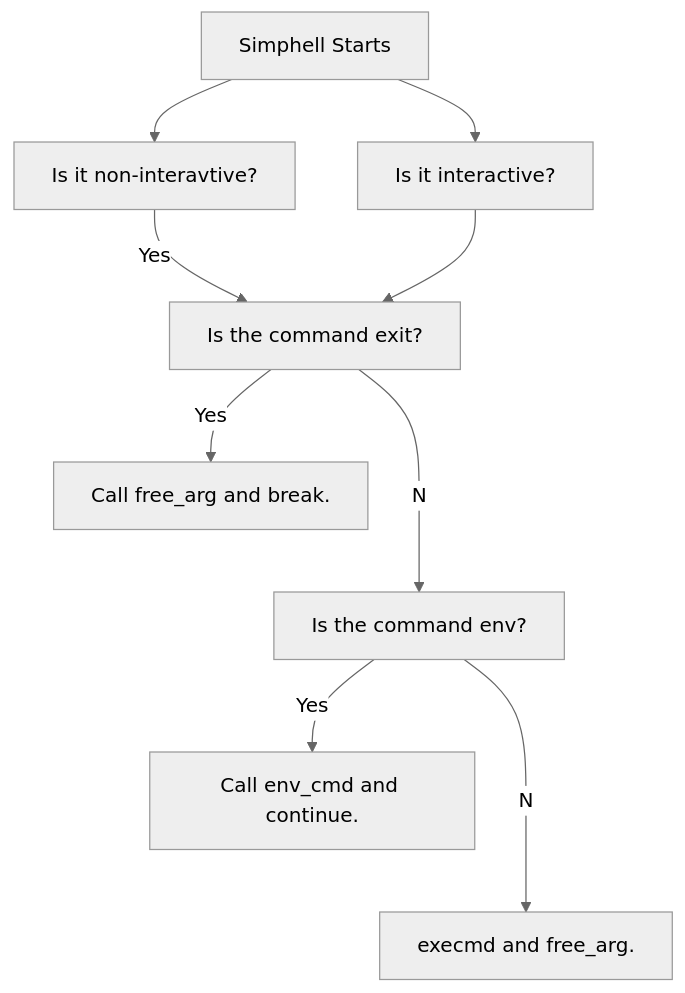
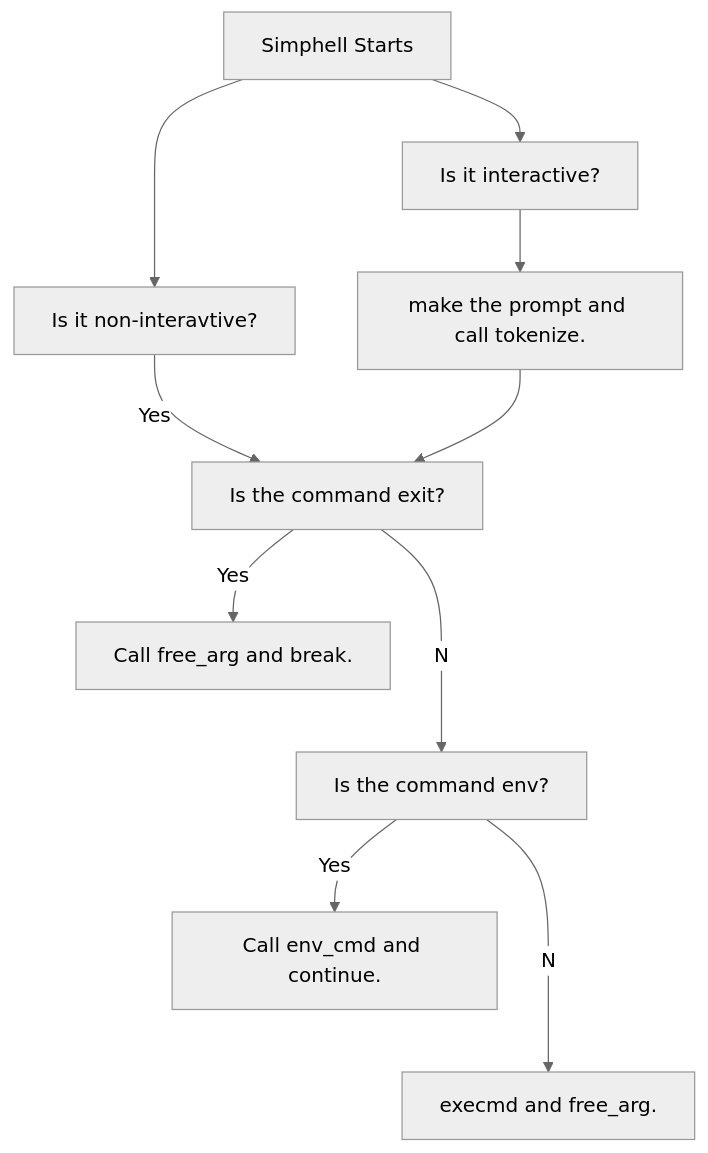
The diagram in README.md (LeeWest89/MySuperRepo), drawn with Mermaid (neutral theme) before and after one commit.

````diff
--- a/README.md
+++ b/README.md
@@ -2,11 +2,12 @@
 ```mermaid
 flowchart TD;
   A[Simphell Starts]-->B[Is it interactive?];
   A-->C[Is it non-interavtive?];
   C--Yes-->D[Is the command exit?];
   D--Yes-->E[Call free_arg and break.];
   D--No-->F[Is the command env?];
   F--Yes-->G[Call env_cmd and continue.];
   F--No-->H[execmd and free_arg.];
-  B-->D;
+  B-->I[make the prompt and call tokenize.];
+  I-->D;
 ```
````
